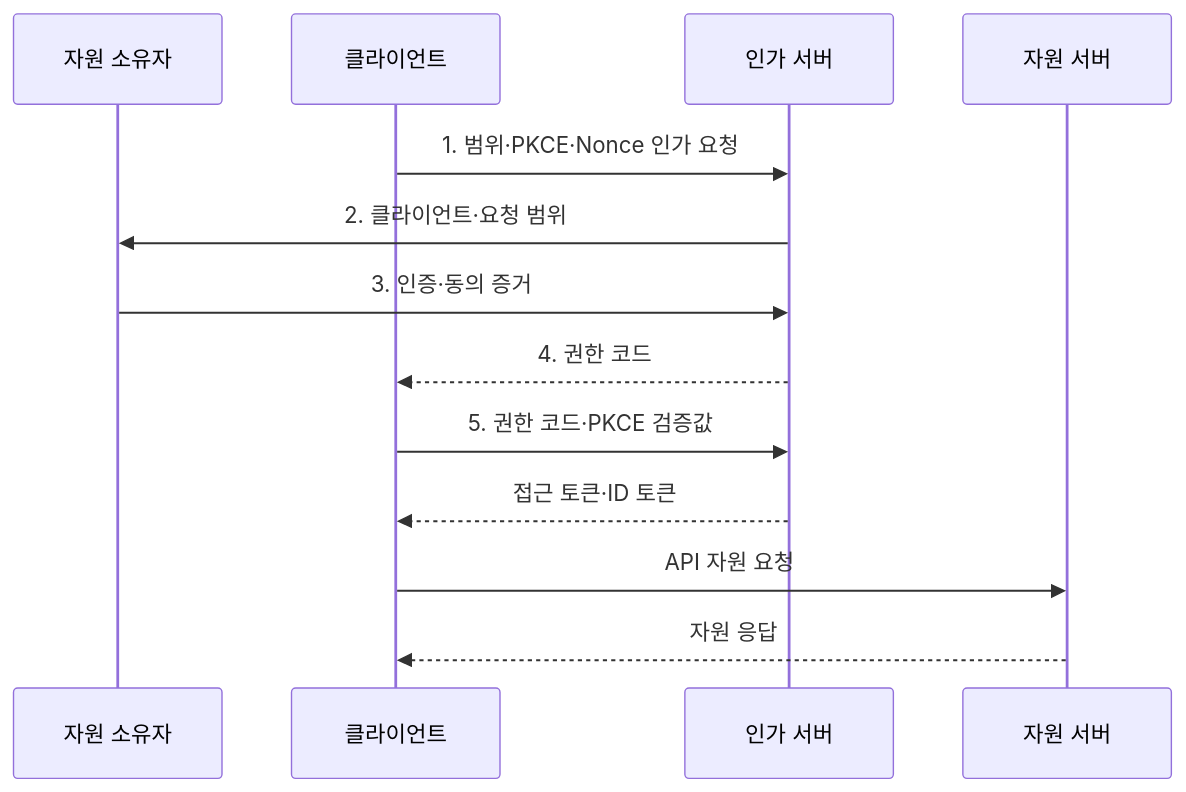
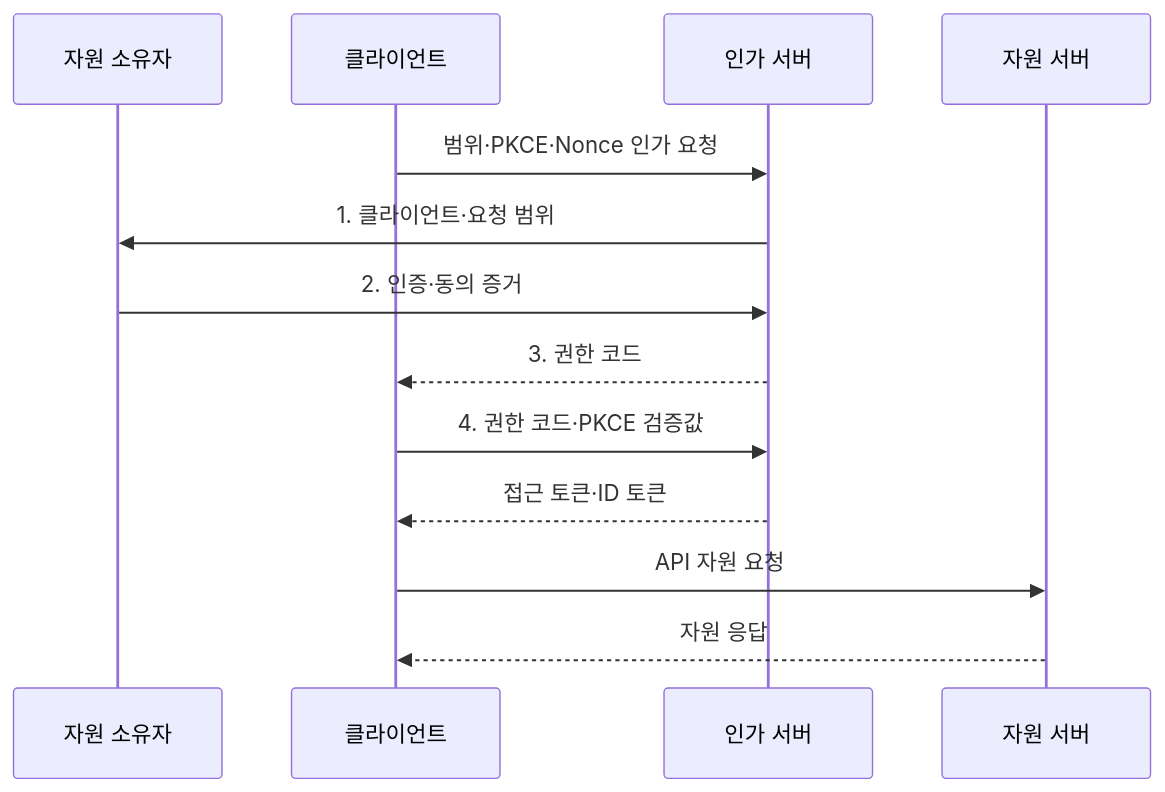
The second of 2 diagrams in src/content/docs/notes/05-security/057_oauth_oidc.md (agnusdei1207/knowledge-base), drawn with Mermaid before and after one commit. The commit also changed other lines of this file and 19 other files, not shown here.

````diff
--- a/src/content/docs/notes/05-security/057_oauth_oidc.md
+++ b/src/content/docs/notes/05-security/057_oauth_oidc.md
@@ -93,15 +92,15 @@
 ```mermaid
 sequenceDiagram
     participant U as 자원 소유자
     participant C as 클라이언트
     participant A as 인가 서버
     participant R as 자원 서버
-    C->>A: 1. 범위·PKCE·Nonce 인가 요청
-    A->>U: 2. 클라이언트·요청 범위
-    U->>A: 3. 인증·동의 증거
-    A-->>C: 4. 권한 코드
-    C->>A: 5. 권한 코드·PKCE 검증값
+    C->>A: 범위·PKCE·Nonce 인가 요청
+    A->>U: 1. 클라이언트·요청 범위
+    U->>A: 2. 인증·동의 증거
+    A-->>C: 3. 권한 코드
+    C->>A: 4. 권한 코드·PKCE 검증값
     A-->>C: 접근 토큰·ID 토큰
     C->>R: API 자원 요청
     R-->>C: 자원 응답
 ```
````
